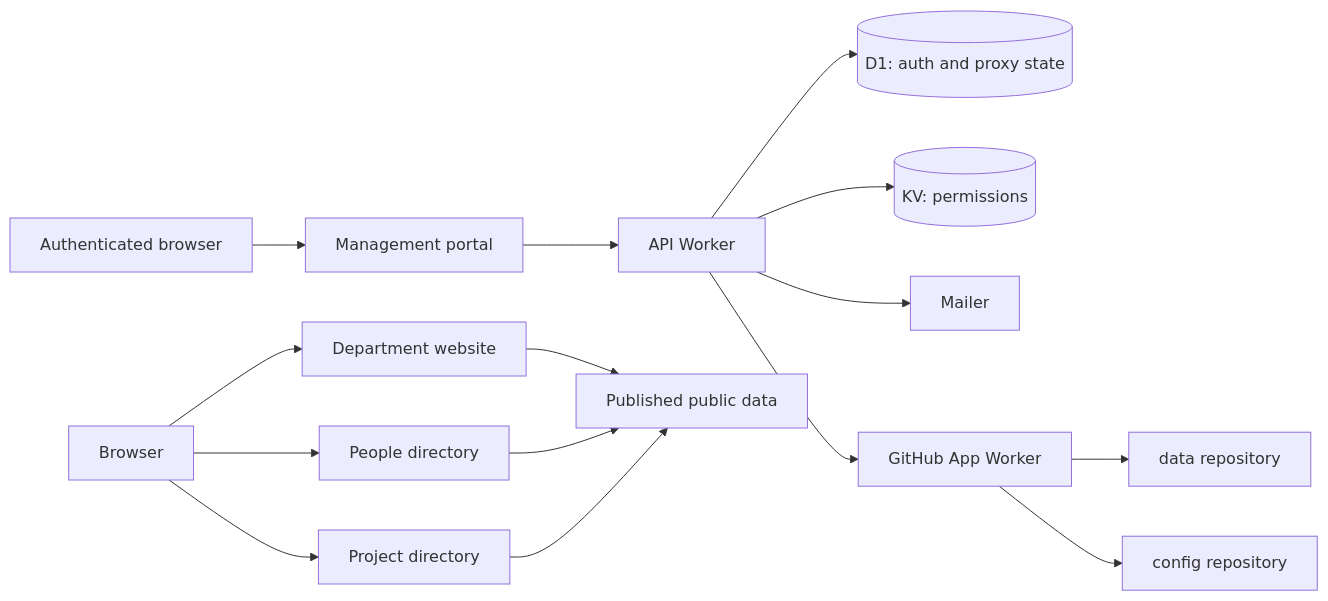
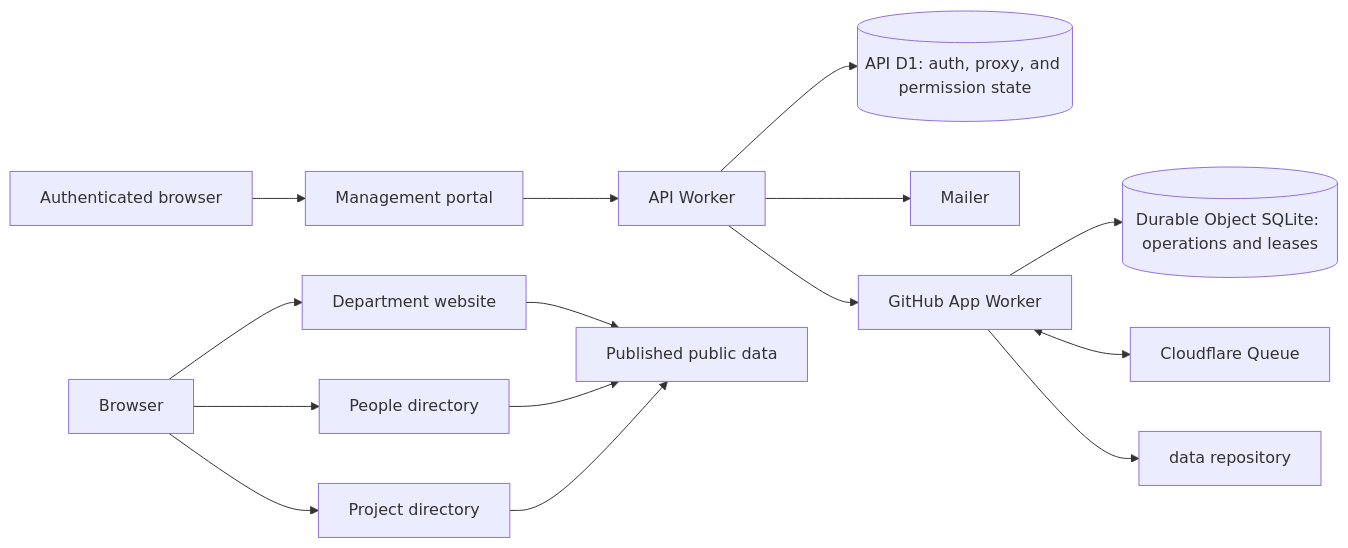
One commit to shamilaw-sci/CSC3213_20_Group_B changed the diagram in README.md. Above: the diagram before and after it, drawn with Mermaid. The commit also changed other lines of this file and 50 other files, not shown here.

````diff
--- a/README.md
+++ b/README.md
@@ -25,17 +25,17 @@
 ```mermaid
 flowchart LR
   Visitor[Browser] --> Web[Department website]
   Visitor --> People[People directory]
   Visitor --> Projects[Project directory]
   Member[Authenticated browser] --> Portal[Management portal]
   Portal --> API[API Worker]
-  API --> Auth[(D1: auth and proxy state)]
-  API --> Permissions[(KV: permissions)]
+  API --> State[(API D1: auth, proxy, and permission state)]
   API --> Mailer[Mailer]
   API --> Automation[GitHub App Worker]
+  Automation --> Operations[(Durable Object SQLite: operations and leases)]
+  Automation <--> Queue[Cloudflare Queue]
   Automation --> DataRepo[data repository]
-  Automation --> ConfigRepo[config repository]
   Web --> PublicData[Published public data]
   People --> PublicData
   Projects --> PublicData
 ```
````
